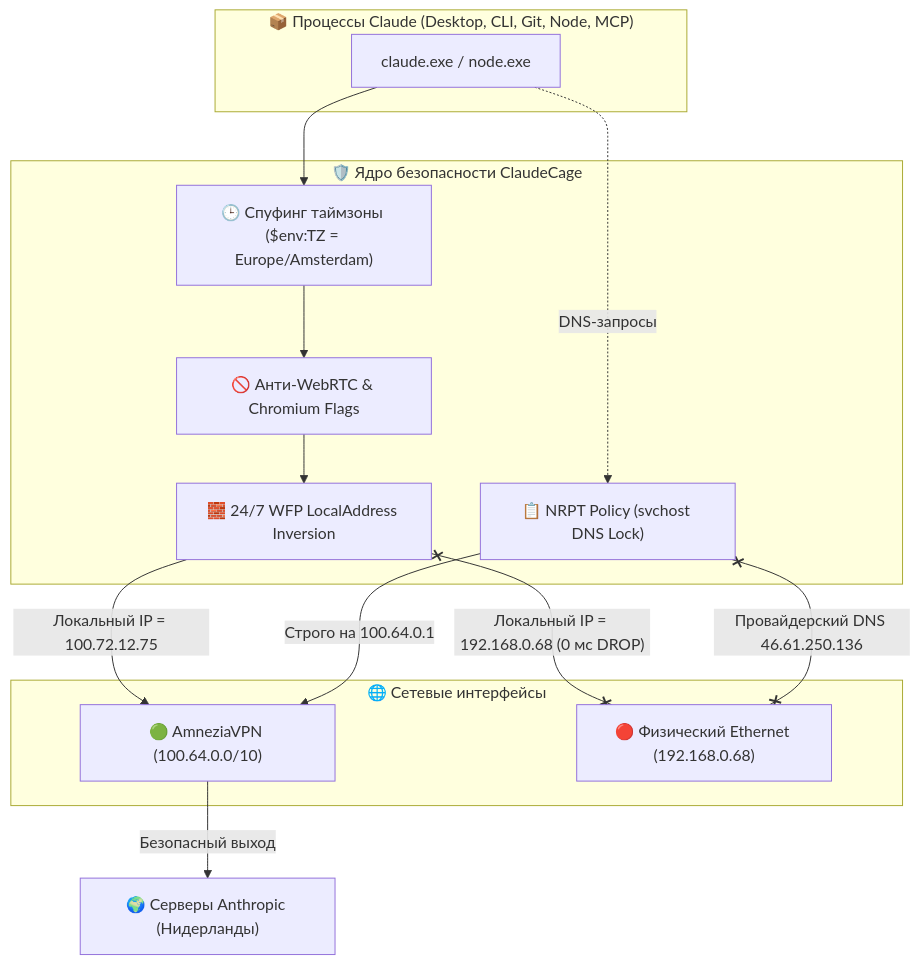
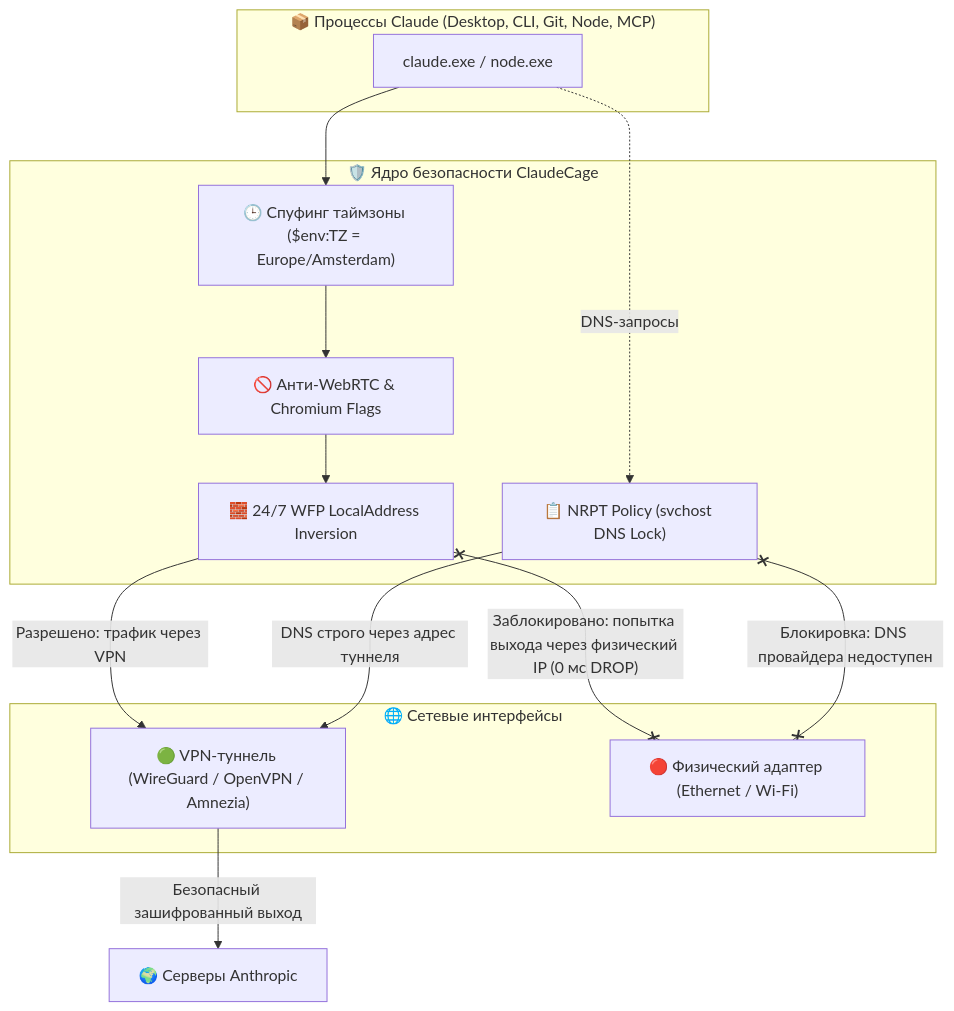
The diagram in CLAUDECAGE_EXPLAINED.md (NikitaLozinsky/ClaudeCage_win11), drawn with Mermaid before and after one commit. The commit also changed other lines of this file and 17 other files, not shown here.

Commit message:
feat(v6.1-release): MSIX update protection with UAC fallback, clean hardcodes, untrack local baseline dumps, embed architecture diagram in README

````diff
--- a/CLAUDECAGE_EXPLAINED.md
+++ b/CLAUDECAGE_EXPLAINED.md
@@ -41,28 +41,28 @@
 ```mermaid
 flowchart TD
     subgraph App["📦 Процессы Claude (Desktop, CLI, Git, Node, MCP)"]
         CL["claude.exe / node.exe"]
     end
 
     subgraph Defense["🛡️ Ядро безопасности ClaudeCage"]
         TZ["🕒 Спуфинг таймзоны ($env:TZ = Europe/Amsterdam)"]
         RTC["🚫 Анти-WebRTC & Chromium Flags"]
         NRPT["📋 NRPT Policy (svchost DNS Lock)"]
         WFP["🧱 24/7 WFP LocalAddress Inversion"]
     end
 
     subgraph Net["🌐 Сетевые интерфейсы"]
-        VPN["🟢 AmneziaVPN (100.64.0.0/10)"]
-        ETH["🔴 Физический Ethernet (192.168.0.68)"]
+        VPN["🟢 VPN-туннель (WireGuard / OpenVPN / Amnezia)"]
+        ETH["🔴 Физический адаптер (Ethernet / Wi-Fi)"]
     end
 
     CL --> TZ --> RTC --> WFP
     CL -.->|"DNS-запросы"| NRPT
 
-    WFP -->|"Локальный IP = 100.72.12.75"| VPN
-    WFP x--x|"Локальный IP = 192.168.0.68 (0 мс DROP)"| ETH
-    NRPT -->|"Строго на 100.64.0.1"| VPN
-    NRPT x--x|"Провайдерский DNS 46.61.250.136"| ETH
+    WFP -->|"Разрешено: трафик через VPN"| VPN
+    WFP x--x|"Заблокировано: попытка выхода через физический IP (0 мс DROP)"| ETH
+    NRPT -->|"DNS строго через адрес туннеля"| VPN
+    NRPT x--x|"Блокировка: DNS провайдера недоступен"| ETH
 
-    VPN -->|"Безопасный выход"| Internet["🌍 Серверы Anthropic (Нидерланды)"]
+    VPN -->|"Безопасный зашифрованный выход"| Internet["🌍 Серверы Anthropic"]
 ```
````
